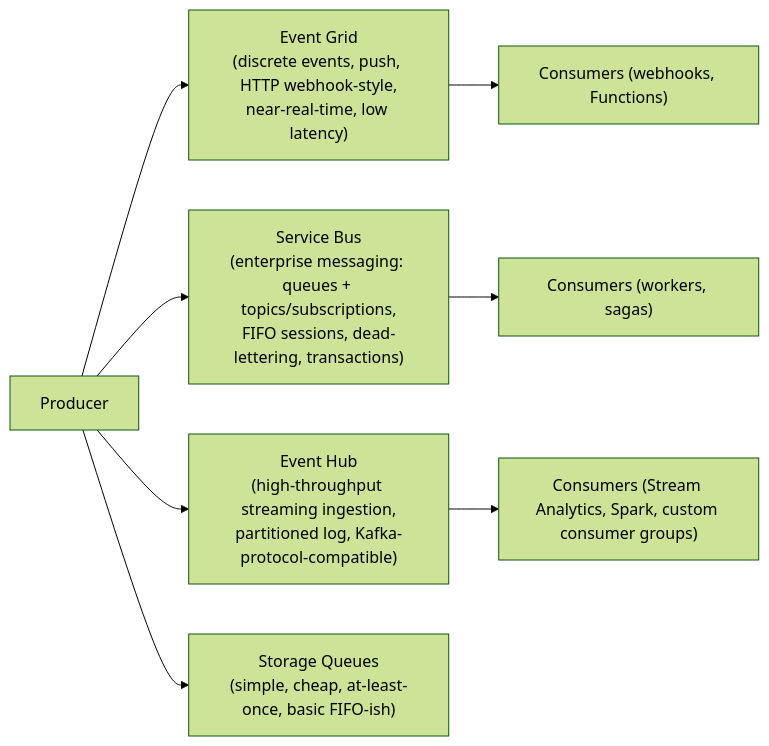
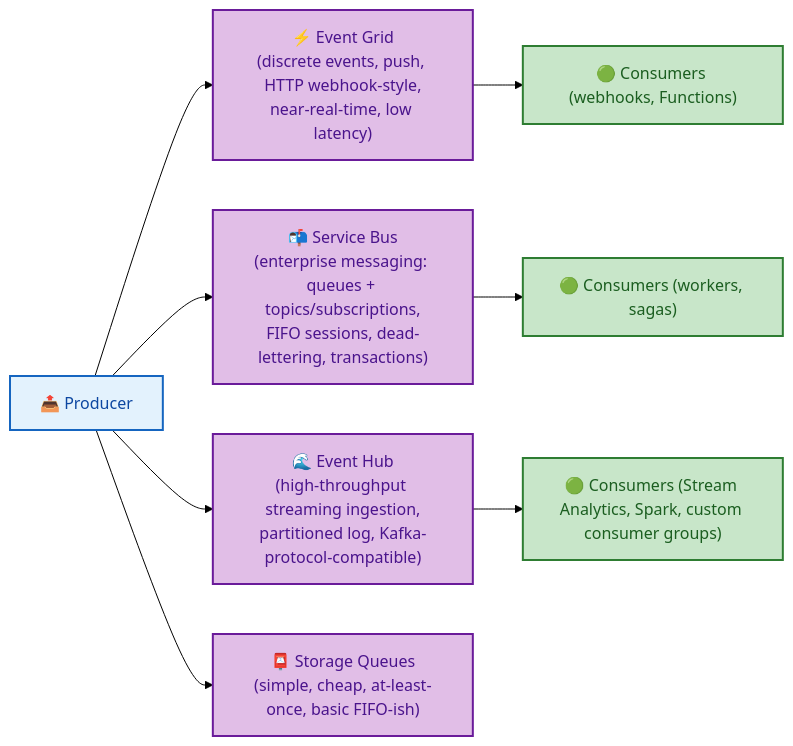
The fifth of 5 diagrams in azure/10-DATABASES-EVENTDRIVEN.md (rakesh-budde/devops-guide), drawn with Mermaid (forest theme) before and after one commit. The commit also changed other lines of this file and 73 other files, not shown here.

````diff
--- a/azure/10-DATABASES-EVENTDRIVEN.md
+++ b/azure/10-DATABASES-EVENTDRIVEN.md
@@ -93,10 +203,19 @@
 ```mermaid
 graph LR
-    Producer --> EventGrid["Event Grid<br/>(discrete events, push, HTTP webhook-style,<br/>near-real-time, low latency)"]
-    Producer --> ServiceBus["Service Bus<br/>(enterprise messaging: queues + topics/subscriptions,<br/>FIFO sessions, dead-lettering, transactions)"]
-    Producer --> EventHub["Event Hub<br/>(high-throughput streaming ingestion,<br/>partitioned log, Kafka-protocol-compatible)"]
-    Producer --> StorageQueue["Storage Queues<br/>(simple, cheap, at-least-once, basic FIFO-ish)"]
-    EventGrid --> Consumers1["Consumers (webhooks, Functions)"]
-    ServiceBus --> Consumers2["Consumers (workers, sagas)"]
-    EventHub --> Consumers3["Consumers (Stream Analytics, Spark, custom consumer groups)"]
+    Producer["📤 Producer"] --> EventGrid["⚡ Event Grid<br/>(discrete events, push, HTTP webhook-style,<br/>near-real-time, low latency)"]
+    Producer --> ServiceBus["📬 Service Bus<br/>(enterprise messaging: queues + topics/subscriptions,<br/>FIFO sessions, dead-lettering, transactions)"]
+    Producer --> EventHub["🌊 Event Hub<br/>(high-throughput streaming ingestion,<br/>partitioned log, Kafka-protocol-compatible)"]
+    Producer --> StorageQueue["📮 Storage Queues<br/>(simple, cheap, at-least-once, basic FIFO-ish)"]
+    EventGrid --> Consumers1["🟢 Consumers (webhooks, Functions)"]
+    ServiceBus --> Consumers2["🟢 Consumers (workers, sagas)"]
+    EventHub --> Consumers3["🟢 Consumers (Stream Analytics, Spark, custom consumer groups)"]
+    classDef start fill:#e3f2fd,stroke:#1565c0,color:#0d47a1,stroke-width:2px;
+    classDef proc fill:#fff9c4,stroke:#f9a825,color:#000,stroke-width:2px;
+    classDef good fill:#c8e6c9,stroke:#2e7d32,color:#1b5e20,stroke-width:2px;
+    classDef bad fill:#ffcdd2,stroke:#c62828,color:#b71c1c,stroke-width:2px;
+    classDef ctrl fill:#e1bee7,stroke:#6a1b9a,color:#4a148c,stroke-width:2px;
+    classDef store fill:#ffe0b2,stroke:#e65100,color:#000,stroke-width:2px;
+    class Producer start;
+    class EventGrid,ServiceBus,EventHub,StorageQueue ctrl;
+    class Consumers1,Consumers2,Consumers3 good;
 ```
````
